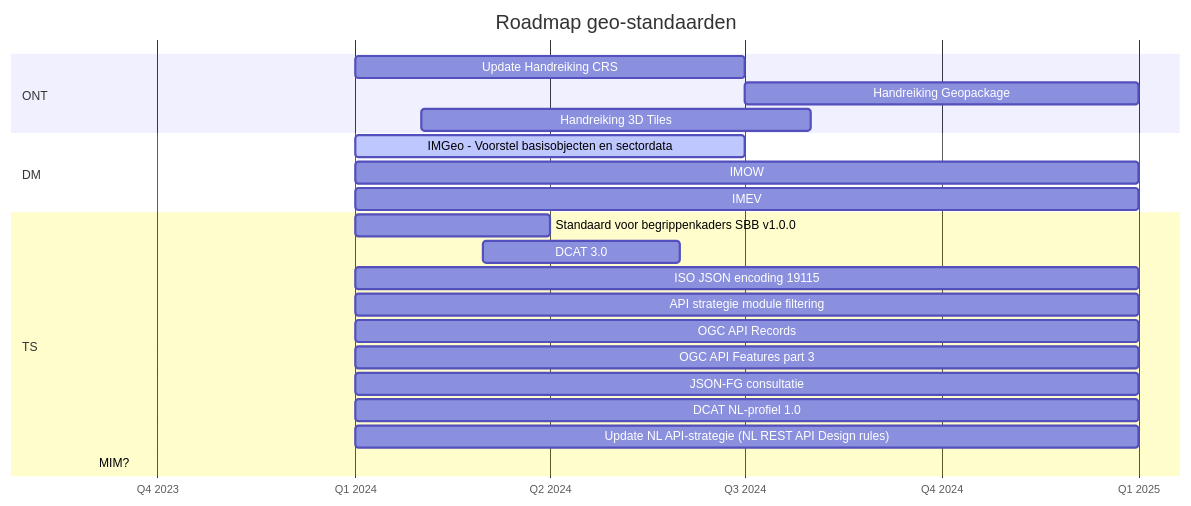
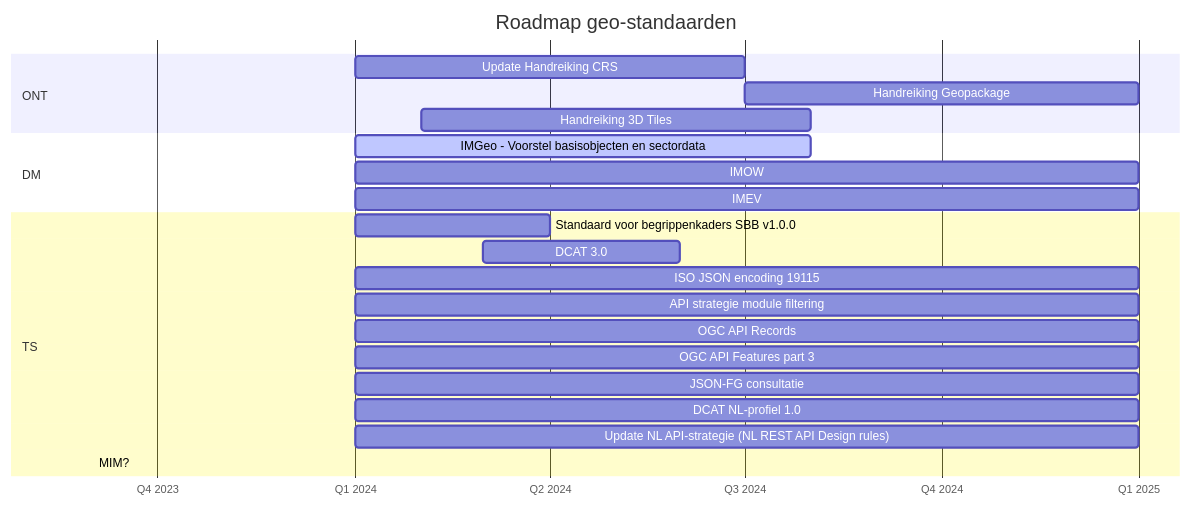
Before and after one commit to Geonovum/roadmap-geostandaarden: the diagram in roadmap.mmd, drawn with Mermaid.

```diff
--- a/roadmap.mmd
+++ b/roadmap.mmd
@@ -1,46 +1,46 @@
 gantt
     title Roadmap geo-standaarden
     dateFormat YYYY-M
     axisFormat Q%q %Y
     tickInterval 3month
     section ONT
         %% Consultatie GeoPackage and Spatial Schema   :done,      2023-07, 3M
         % Update PTOLU Geo-standaarden                :done,    2023-10, 6M
         %% PoC Rechtendelegatie (oAuth)                :           2023-10, 3M
         %% OGC Code Sprint                             :           2023-10, 1M        
         %%Consultatie IMX-Geo                         :           2024-01, 3M
         Update Handreiking CRS                      :           2024-01, 6M
         Handreiking Geopackage                      :           2024-07, 6M
         Handreiking 3D Tiles                        :           2024-02, 6M
         
     section DM        
         %%IMEV 2.0                                    :done,    2023-10, 3M
         %%IMG                                         :done,    2023-10, 3M
-        IMGeo - Voorstel basisobjecten en sectordata:active,    2024-01, 6M
+        IMGeo - Voorstel basisobjecten en sectordata:active,    2024-01, 7M
         IMOW                                        :           2024-01, 12M
         IMEV                                        :           2024-01, 12M
         %% IMKL                                        :           2023-09, 
         %% IMKAD                                       :           2023-09, 
         %% IMWOZ                                       :           2023-09, 
         %% IMBAG                                       :           2023-09, 
         %% IMBOR                                       :           2023-09, 
         %% GWSW                                        :           2023-09, 
         %% IMNA                                        :           2023-09, 
         %% IMDBK / IMROI                               :           2023-09, 
         %% BRT.Next                                    :           2023-09, 
 
     section TS
         %%GeoPackage 1.4                              :active,    2023-10, 3M
         %%CityJSON 2.0                                :active,    2023-10, 3M
         %%OGC Training DML-AI 1.0                     :active,    2023-10, 3M
         %%Consultatie standaard voor begrippenkaders  :           2023-10, 3M        
         Standaard voor begrippenkaders SBB v1.0.0       :           2024-01, 3M
         DCAT 3.0                                    :           2024-03, 3M 
         ISO JSON encoding 19115                     :           2024-01, 12M
         API strategie module filtering              :           2024-01, 12M
         OGC API Records                             :           2024-01, 12M
         OGC API Features part 3                     :           2024-01, 12M
         JSON-FG consultatie                         :           2024-01, 12M
         DCAT NL-profiel 1.0                         :           2024-01, 12M
         Update NL API-strategie (NL REST API Design rules) :    2024-01, 12M
         MIM?                                               :    2023-09,
```
